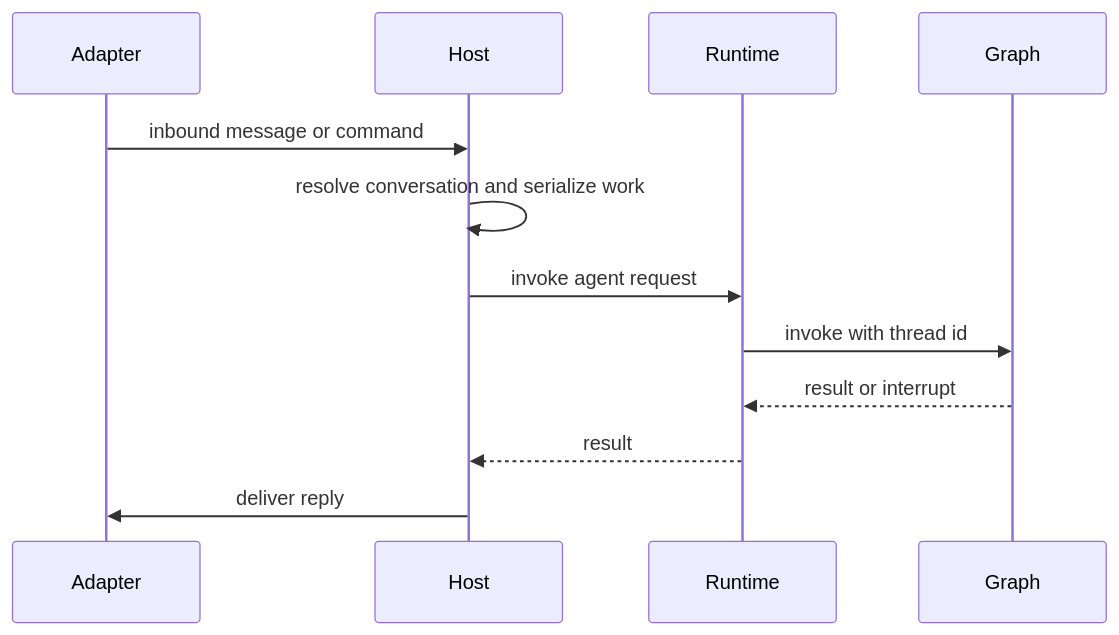
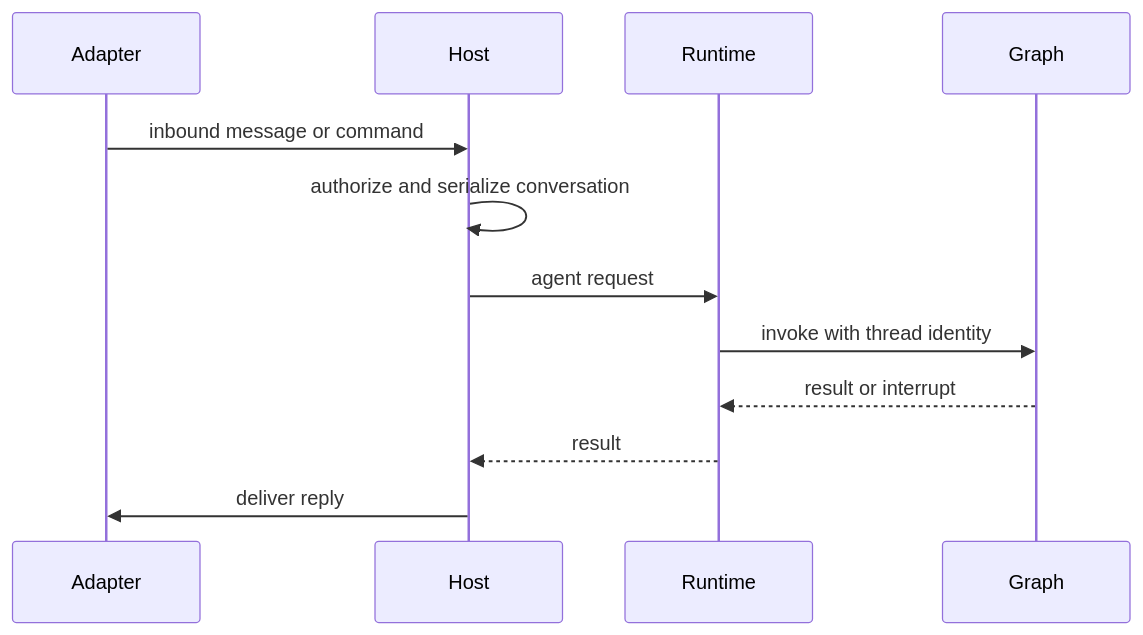
Before and after one commit to langchain-ai/deepagents: the first of 2 diagrams in openwiki/integrations/talon.md, drawn with Mermaid. The commit also changed other lines of this file and 41 other files, not shown here.

````diff
--- a/openwiki/integrations/talon.md
+++ b/openwiki/integrations/talon.md
@@ -72,14 +62,14 @@
 ```mermaid
 sequenceDiagram
     participant Adapter
     participant Host
     participant Runtime
     participant Graph
     Adapter->>Host: inbound message or command
-    Host->>Host: resolve conversation and serialize work
-    Host->>Runtime: invoke agent request
-    Runtime->>Graph: invoke with thread id
+    Host->>Host: authorize and serialize conversation
+    Host->>Runtime: agent request
+    Runtime->>Graph: invoke with thread identity
     Graph-->>Runtime: result or interrupt
     Runtime-->>Host: result
     Host->>Adapter: deliver reply
 ```
````
